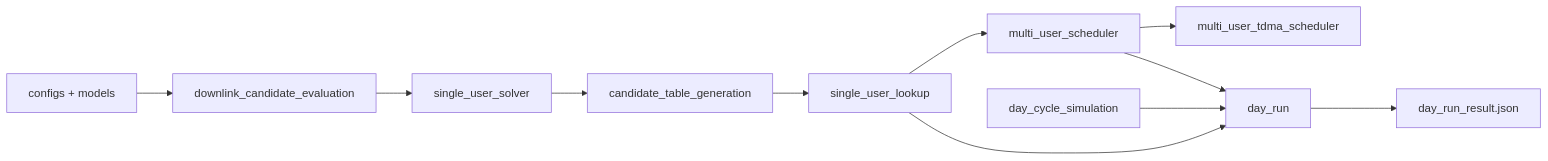
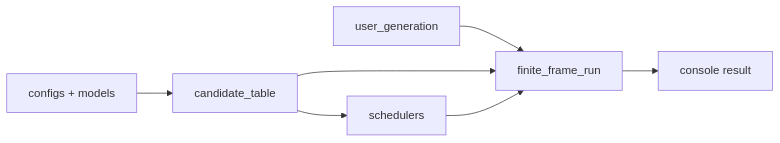
Before and after one commit to henryblu/ran-joint-scheduling-optimization: the diagram in README.md, drawn with Mermaid. The commit also changed other lines of this file and 12 other files, not shown here.

Commit message:
Remove deprecated day-cycle workflow

````diff
--- a/README.md
+++ b/README.md
@@ -59,13 +55,9 @@
 ```mermaid
 flowchart LR
-    A["configs + models"] --> B["downlink_candidate_evaluation"]
-    B --> C["single_user_solver"]
-    C --> D["candidate_table_generation"]
-    D --> E["single_user_lookup"]
-    E --> F["multi_user_scheduler"]
-    F --> G["multi_user_tdma_scheduler"]
-    H["day_cycle_simulation"] --> I["day_run"]
-    E --> I
-    F --> I
-    I --> J["day_run_result.json"]
+    A["configs + models"] --> B["candidate_table"]
+    B --> C["schedulers"]
+    D["user_generation"] --> E["finite_frame_run"]
+    B --> E
+    C --> E
+    E --> F["console result"]
 ```
````
